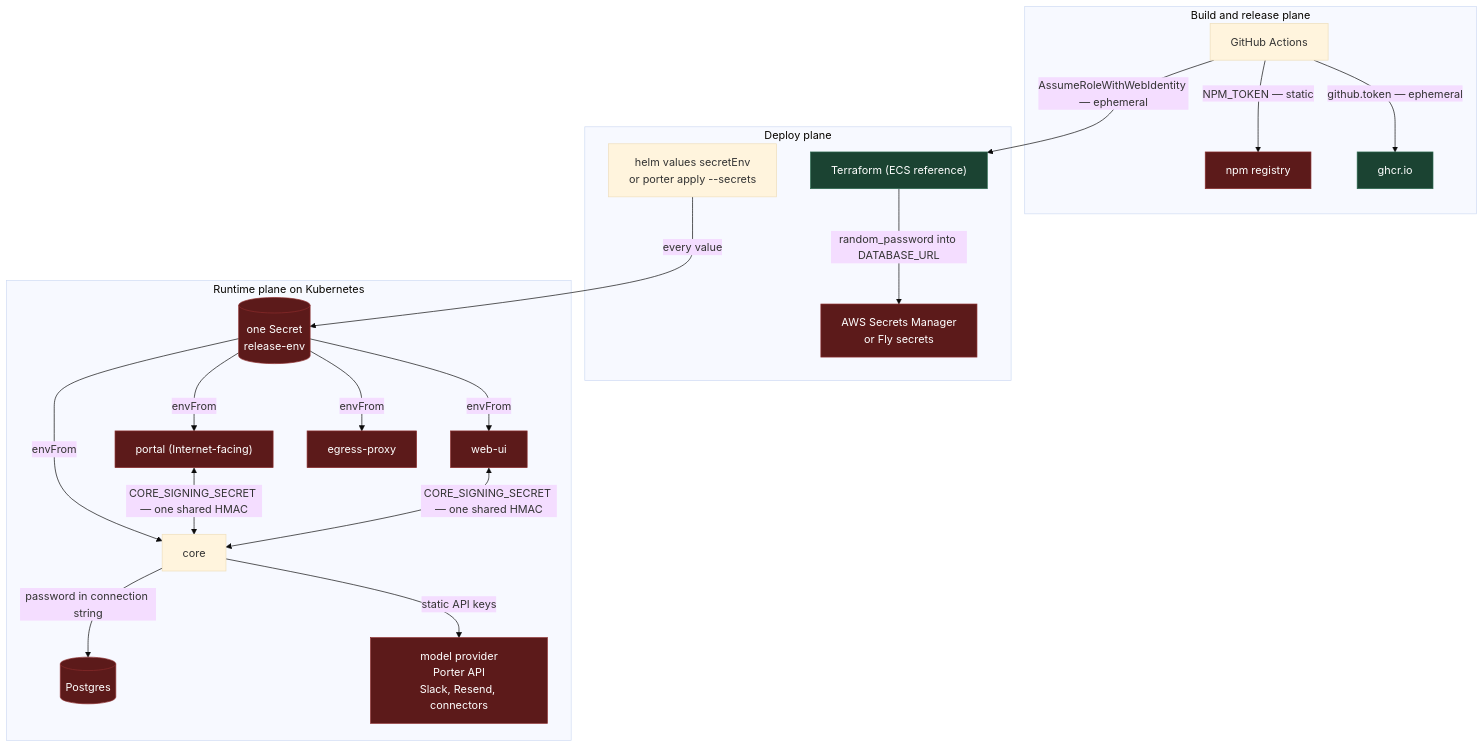
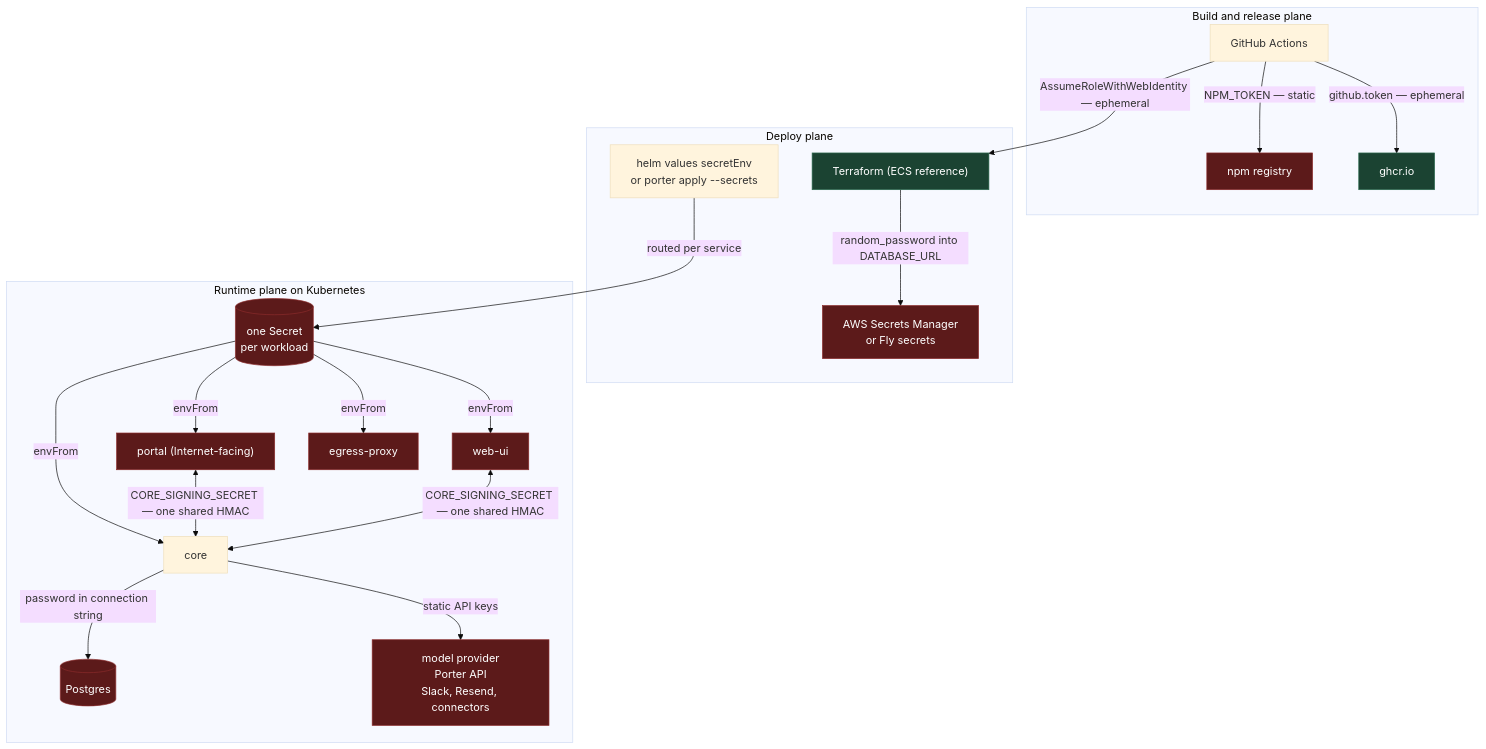
Before and after one commit to agentsky/qm: the first of 5 diagrams in deploy/layers/agentsky/docs/secretless.md, drawn with Mermaid (base theme). The commit also changed other lines of this file and 1 other file, not shown here.

First line of the commit message:
docs: stack the secretless plan on the per-workload Secret split

````diff
--- a/deploy/layers/agentsky/docs/secretless.md
+++ b/deploy/layers/agentsky/docs/secretless.md
@@ -82,43 +87,43 @@
 ```mermaid
 graph TB
   subgraph Build["Build and release plane"]
     GHA["GitHub Actions"]
     NPM["npm registry"]
     GHCR["ghcr.io"]
   end
 
   subgraph Deploy["Deploy plane"]
     Helm["helm values secretEnv<br/>or porter apply --secrets"]
     TF["Terraform (ECS reference)"]
     SM["AWS Secrets Manager<br/>or Fly secrets"]
   end
 
   subgraph Runtime["Runtime plane on Kubernetes"]
-    Sec[("one Secret<br/>release-env")]
+    Sec[("one Secret<br/>per workload")]
     Core["core"]
     Portal["portal (Internet-facing)"]
     Web["web-ui"]
     Egress["egress-proxy"]
     PG[("Postgres")]
     Vendors["model provider<br/>Porter API<br/>Slack, Resend, connectors"]
   end
 
   GHA -->|"github.token — ephemeral"| GHCR
   GHA -->|"NPM_TOKEN — static"| NPM
   GHA -->|"AssumeRoleWithWebIdentity — ephemeral"| TF
   TF -->|"random_password into DATABASE_URL"| SM
-  Helm -->|"every value"| Sec
+  Helm -->|"routed per service"| Sec
   Sec -->|"envFrom"| Core
   Sec -->|"envFrom"| Portal
   Sec -->|"envFrom"| Web
   Sec -->|"envFrom"| Egress
   Portal <-->|"CORE_SIGNING_SECRET — one shared HMAC"| Core
   Web <-->|"CORE_SIGNING_SECRET — one shared HMAC"| Core
   Core -->|"password in connection string"| PG
   Core -->|"static API keys"| Vendors
 
   classDef good fill:#1b4332,stroke:#2d6a4f,color:#fff
   classDef bad fill:#5c1a1a,stroke:#8b2c2c,color:#fff
   class GHCR,TF good
   class NPM,SM,Sec,PG,Vendors,Portal,Web,Egress bad
 ```
````
